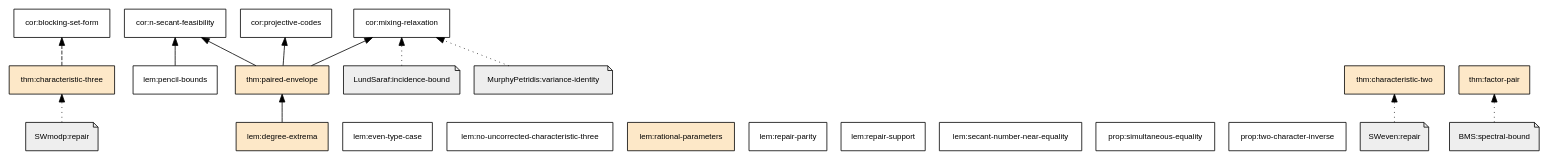
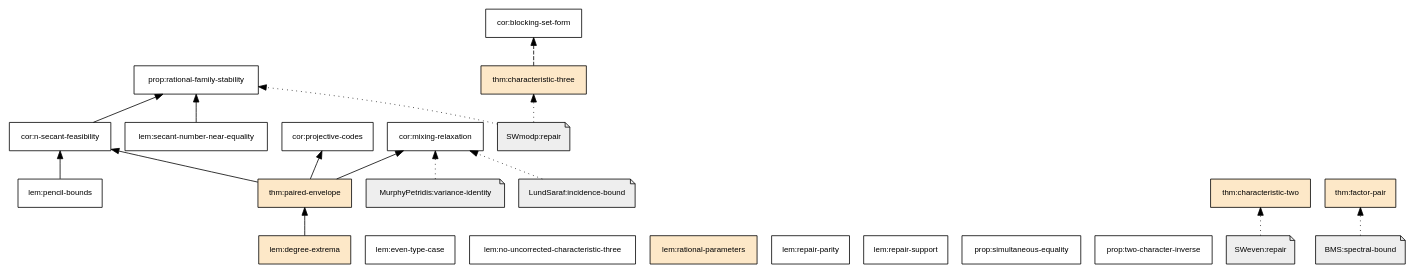
Before and after one commit to tavisrudd/integral-secant-arcs: the diagram in verification/dependency-graph.dot, drawn with Graphviz. The commit also changed 13 other files, not shown here.

```diff
--- a/verification/dependency-graph.dot
+++ b/verification/dependency-graph.dot
@@ -1,39 +1,43 @@
 digraph manuscript {
   rankdir=BT;
   node [shape=box, style=filled, fontname="Helvetica", fontsize=10];
   edge [fontname="Helvetica", fontsize=8];
   "cor:blocking-set-form" [fillcolor="#ffffff", tooltip="absent"];
   "cor:mixing-relaxation" [fillcolor="#ffffff", tooltip="absent"];
   "cor:n-secant-feasibility" [fillcolor="#ffffff", tooltip="absent"];
   "cor:projective-codes" [fillcolor="#ffffff", tooltip="absent"];
   "lem:degree-extrema" [fillcolor="#fde8c8", tooltip="fragment"];
   "lem:even-type-case" [fillcolor="#ffffff", tooltip="absent"];
   "lem:no-uncorrected-characteristic-three" [fillcolor="#ffffff", tooltip="absent"];
   "lem:pencil-bounds" [fillcolor="#ffffff", tooltip="absent"];
   "lem:rational-parameters" [fillcolor="#fde8c8", tooltip="fragment"];
   "lem:repair-parity" [fillcolor="#ffffff", tooltip="absent"];
   "lem:repair-support" [fillcolor="#ffffff", tooltip="absent"];
   "lem:secant-number-near-equality" [fillcolor="#ffffff", tooltip="absent"];
+  "prop:rational-family-stability" [fillcolor="#ffffff", tooltip="absent"];
   "prop:simultaneous-equality" [fillcolor="#ffffff", tooltip="absent"];
   "prop:two-character-inverse" [fillcolor="#ffffff", tooltip="absent"];
   "thm:characteristic-three" [fillcolor="#fde8c8", tooltip="fragment"];
   "thm:characteristic-two" [fillcolor="#fde8c8", tooltip="fragment"];
   "thm:factor-pair" [fillcolor="#fde8c8", tooltip="fragment"];
   "thm:paired-envelope" [fillcolor="#fde8c8", tooltip="fragment"];
   "BMS:spectral-bound" [shape=note, fillcolor="#eeeeee"];
   "LundSaraf:incidence-bound" [shape=note, fillcolor="#eeeeee"];
   "MurphyPetridis:variance-identity" [shape=note, fillcolor="#eeeeee"];
   "SWeven:repair" [shape=note, fillcolor="#eeeeee"];
   "SWmodp:repair" [shape=note, fillcolor="#eeeeee"];
   "BMS:spectral-bound" -> "thm:factor-pair" [style=dotted];
   "LundSaraf:incidence-bound" -> "cor:mixing-relaxation" [style=dotted];
   "MurphyPetridis:variance-identity" -> "cor:mixing-relaxation" [style=dotted];
   "SWeven:repair" -> "thm:characteristic-two" [style=dotted];
+  "SWmodp:repair" -> "prop:rational-family-stability" [style=dotted];
   "SWmodp:repair" -> "thm:characteristic-three" [style=dotted];
+  "cor:n-secant-feasibility" -> "prop:rational-family-stability" [style=solid];
   "lem:degree-extrema" -> "thm:paired-envelope" [style=solid];
   "lem:pencil-bounds" -> "cor:n-secant-feasibility" [style=solid];
+  "lem:secant-number-near-equality" -> "prop:rational-family-stability" [style=solid];
   "thm:characteristic-three" -> "cor:blocking-set-form" [style=dashed];
   "thm:paired-envelope" -> "cor:mixing-relaxation" [style=solid];
   "thm:paired-envelope" -> "cor:n-secant-feasibility" [style=solid];
   "thm:paired-envelope" -> "cor:projective-codes" [style=solid];
 }
```
